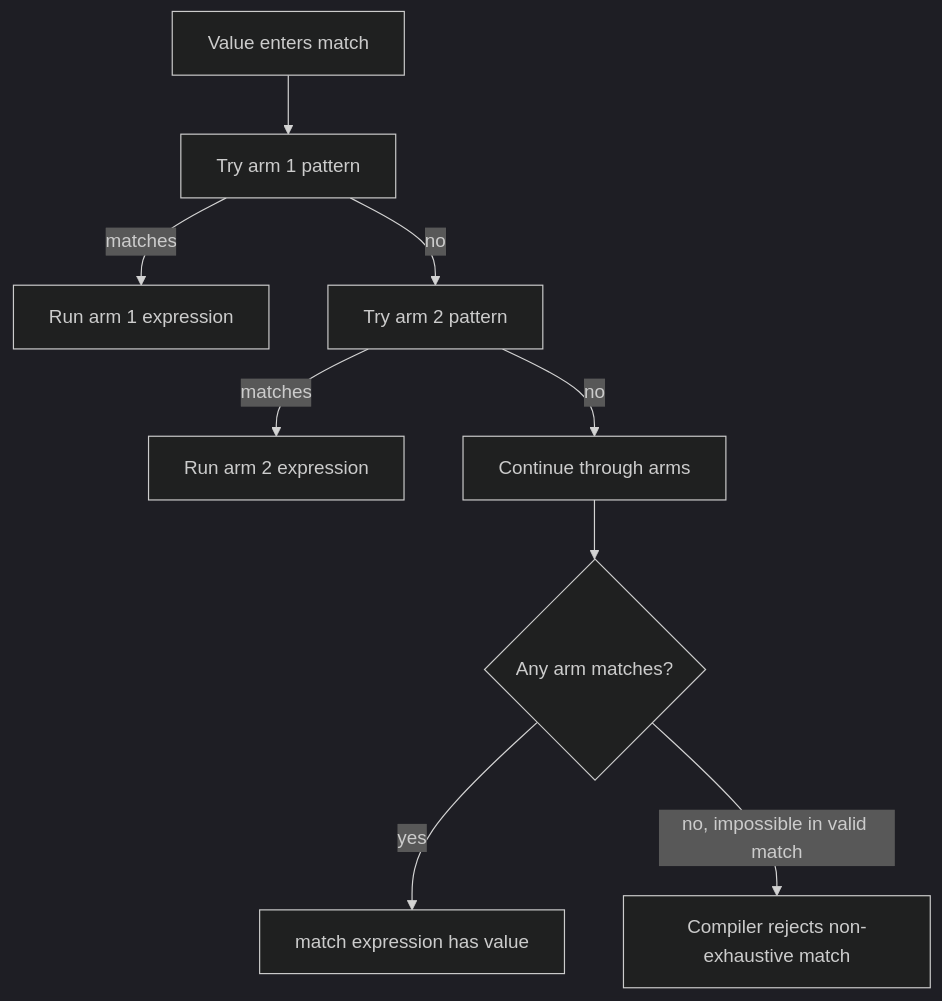
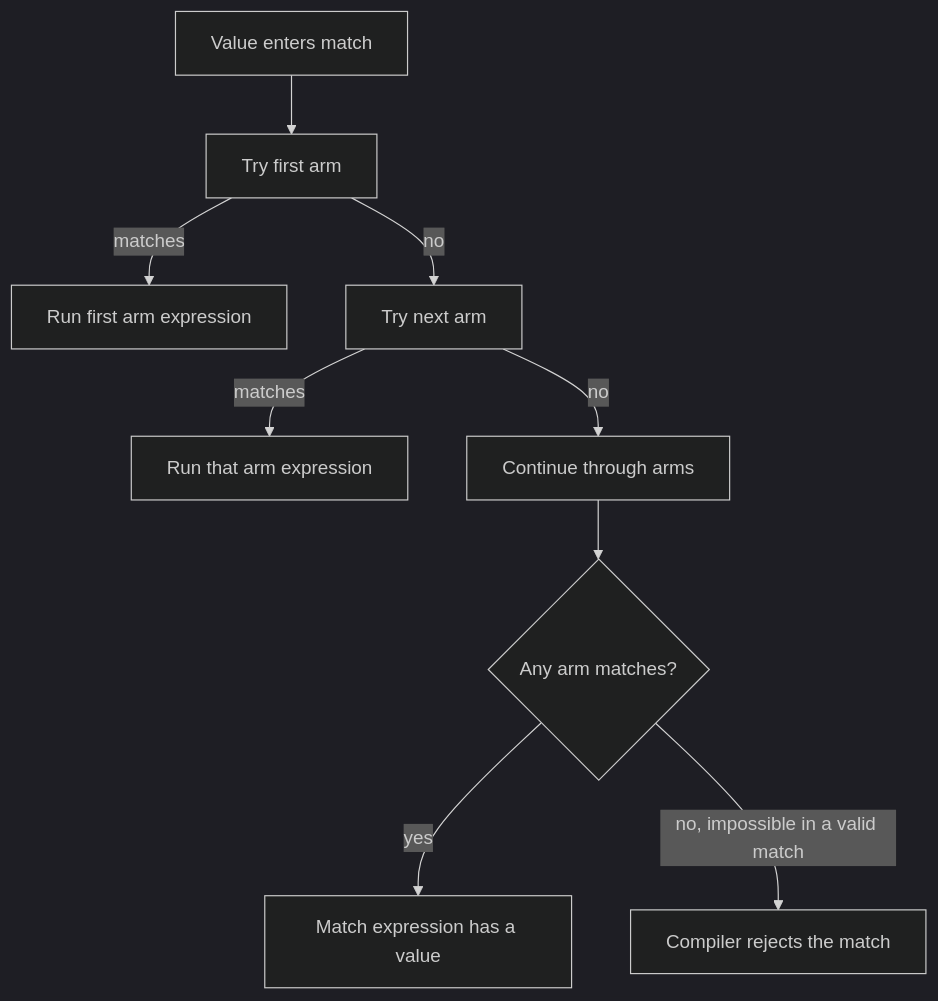
Before and after one commit to justinbrianhwang/SJ-wiki: the diagram in docs/cs/programming/rust/pattern-matching.md, drawn with Mermaid (dark theme). The commit also changed other lines of this file and 955 other files, not shown here.

````diff
--- a/docs/cs/programming/rust/pattern-matching.md
+++ b/docs/cs/programming/rust/pattern-matching.md
@@ -54,11 +14,11 @@
 ```mermaid
 flowchart TD
-  A[Value enters match] --> B[Try arm 1 pattern]
-  B -->|matches| C[Run arm 1 expression]
-  B -->|no| D[Try arm 2 pattern]
-  D -->|matches| E[Run arm 2 expression]
+  A[Value enters match] --> B[Try first arm]
+  B -->|matches| C[Run first arm expression]
+  B -->|no| D[Try next arm]
+  D -->|matches| E[Run that arm expression]
   D -->|no| F[Continue through arms]
   F --> G{"Any arm matches?"}
-  G -->|yes| H[match expression has value]
-  G -->|"no, impossible in valid match"| I[Compiler rejects non-exhaustive match]
+  G -->|yes| H[Match expression has a value]
+  G -->|"no, impossible in a valid match"| I[Compiler rejects the match]
 ```
````
